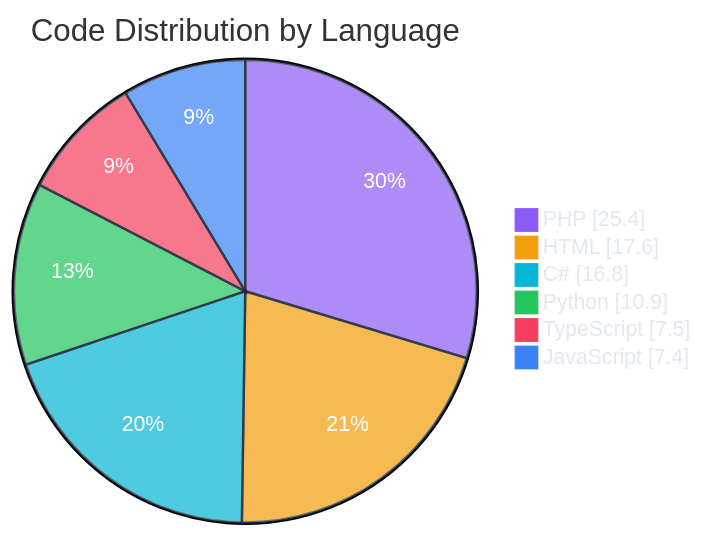
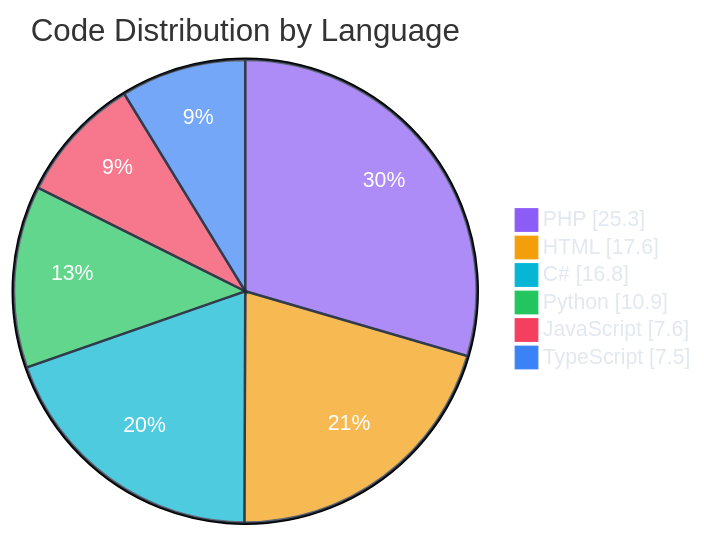
The second of 7 diagrams in README.md (polo-nyan/polo-nyan), drawn with Mermaid before and after one commit. The commit also changed other lines of this file and 1 other file, not shown here.

````diff
--- a/README.md
+++ b/README.md
@@ -229,11 +229,11 @@
 ```mermaid
 %%{init: {"theme": "base", "themeVariables": { "pie1": "#8b5cf6", "pie2": "#f59e0b", "pie3": "#06b6d4", "pie4": "#22c55e", "pie5": "#f43f5e", "pie6": "#3b82f6", "pie7": "#ec4899", "pieTextColor": "#ffffff", "pieLegendTextColor": "#e2e8f0", "pieSectionTextColor": "#ffffff", "pieStrokeColor": "#1e293b" }}}%%
 pie showData
     title Code Distribution by Language
-    "PHP" : 25.4
+    "PHP" : 25.3
     "HTML" : 17.6
     "C#" : 16.8
     "Python" : 10.9
+    "JavaScript" : 7.6
     "TypeScript" : 7.5
-    "JavaScript" : 7.4
 ```
````
